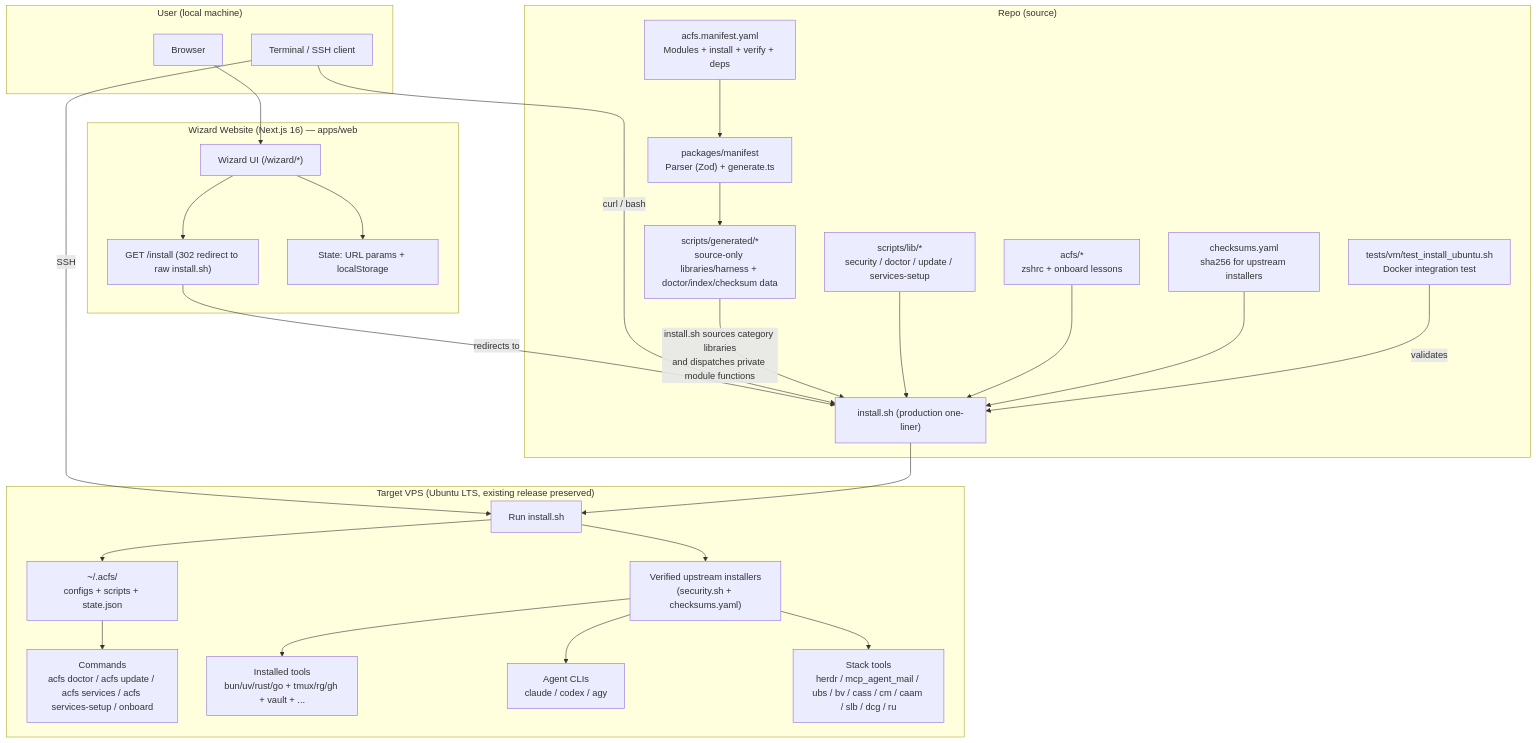
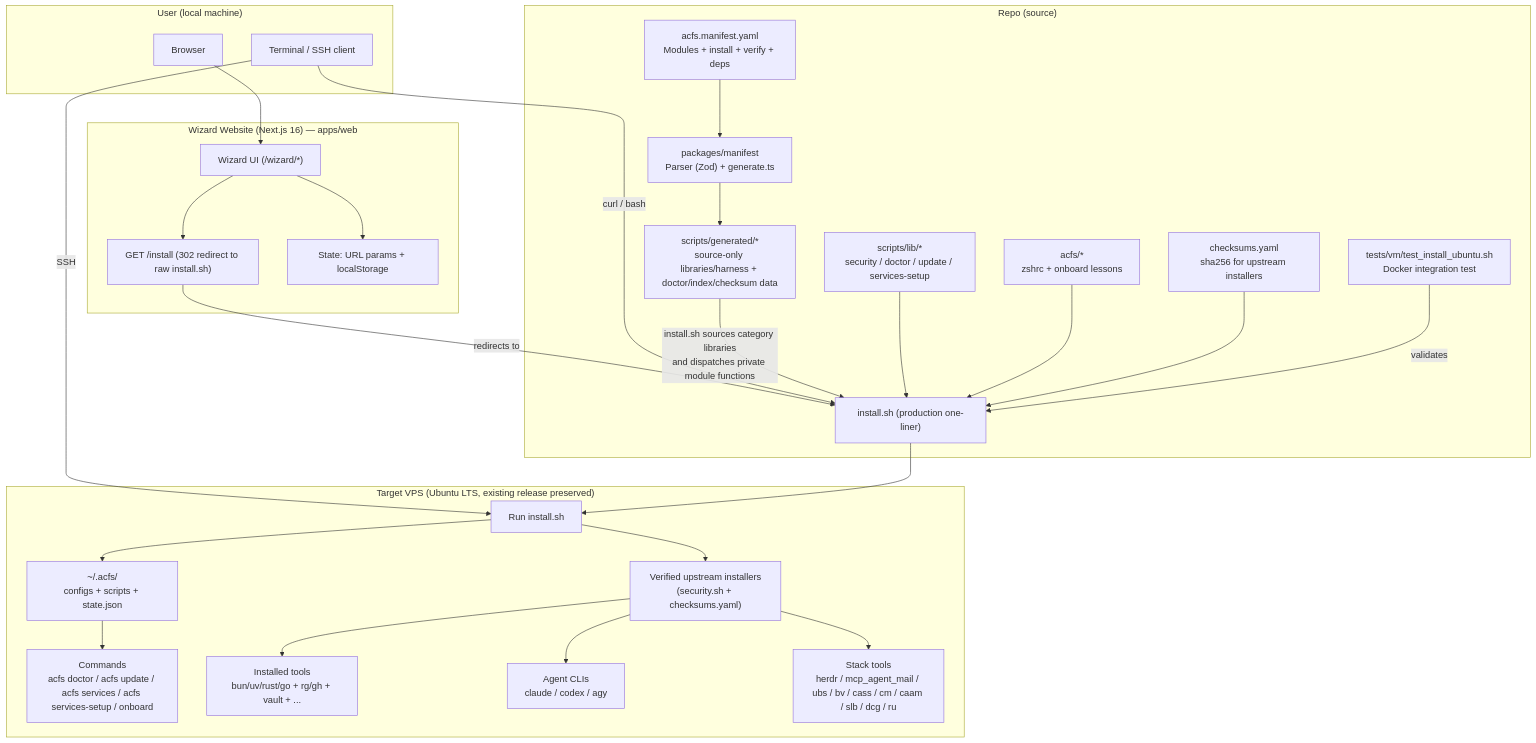
Before and after one commit to arosl/agentic_coding_flywheel_setup: the second of 3 diagrams in README.md, drawn with Mermaid. The commit also changed other lines of this file and 12 other files, not shown here.

````diff
--- a/README.md
+++ b/README.md
@@ -167,65 +167,65 @@
 ```mermaid
 flowchart TB
   %% User and website
   subgraph U["User (local machine)"]
     Browser["Browser"]
     Terminal["Terminal / SSH client"]
   end
 
   subgraph W["Wizard Website (Next.js 16) — apps/web"]
     Wizard["Wizard UI (/wizard/*)"]
     InstallRoute["GET /install (302 redirect to raw install.sh)"]
     WebState["State: URL params + localStorage"]
   end
 
   %% Repo sources
   subgraph R["Repo (source)"]
     Manifest["acfs.manifest.yaml<br/>Modules + install + verify + deps"]
     Generator["packages/manifest<br/>Parser (Zod) + generate.ts"]
     Generated["scripts/generated/*<br/>source-only libraries/harness + doctor/index/checksum data"]
     Installer["install.sh (production one-liner)"]
     Lib["scripts/lib/*<br/>security / doctor / update / services-setup"]
     Configs["acfs/*<br/>zshrc + onboard lessons"]
     Checksums["checksums.yaml<br/>sha256 for upstream installers"]
     Tests["tests/vm/test_install_ubuntu.sh<br/>Docker integration test"]
   end
 
   %% Target VPS
   subgraph V["Target VPS (Ubuntu LTS, existing release preserved)"]
     Run["Run install.sh"]
     Verify["Verified upstream installers<br/>(security.sh + checksums.yaml)"]
     AcfsHome["~/.acfs/<br/>configs + scripts + state.json"]
     Commands["Commands<br/>acfs doctor / acfs update / acfs services / acfs services-setup / onboard"]
-    Tools["Installed tools<br/>bun/uv/rust/go + tmux/rg/gh + vault + ..."]
+    Tools["Installed tools<br/>bun/uv/rust/go + rg/gh + vault + ..."]
     Agents["Agent CLIs<br/>claude / codex / agy"]
     Stack["Stack tools<br/>herdr / mcp_agent_mail / ubs / bv / cass / cm / caam / slb / dcg / ru"]
   end
 
   %% Website guidance flow
   Browser --> Wizard
   Wizard --> WebState
   Wizard --> InstallRoute
   InstallRoute -->|redirects to| Installer
 
   %% How users fetch/run the installer
   Terminal -->|curl / bash| Installer
   Terminal -->|SSH| Run
 
   %% Manifest-driven generation
   Manifest --> Generator --> Generated
   Generated -->|install.sh sources category libraries<br/>and dispatches private module functions| Installer
 
   %% Installer composition
   Lib --> Installer
   Configs --> Installer
   Checksums --> Installer
   Tests -->|validates| Installer
 
   %% VPS install results
   Installer --> Run
   Run --> Verify
   Verify --> Tools
   Verify --> Agents
   Verify --> Stack
   Run --> AcfsHome --> Commands
 ```
````
